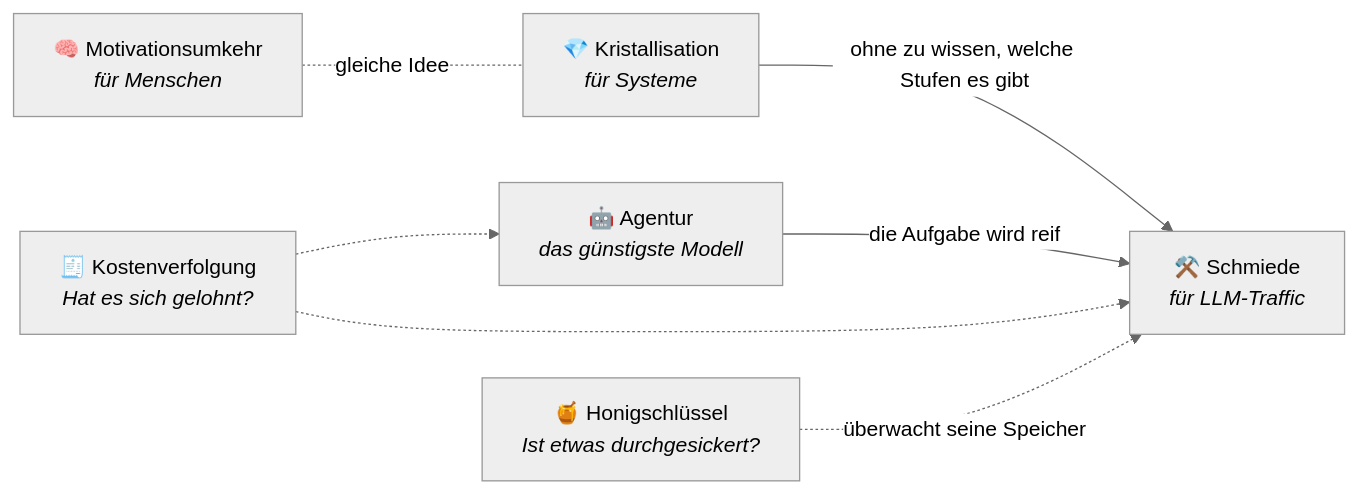
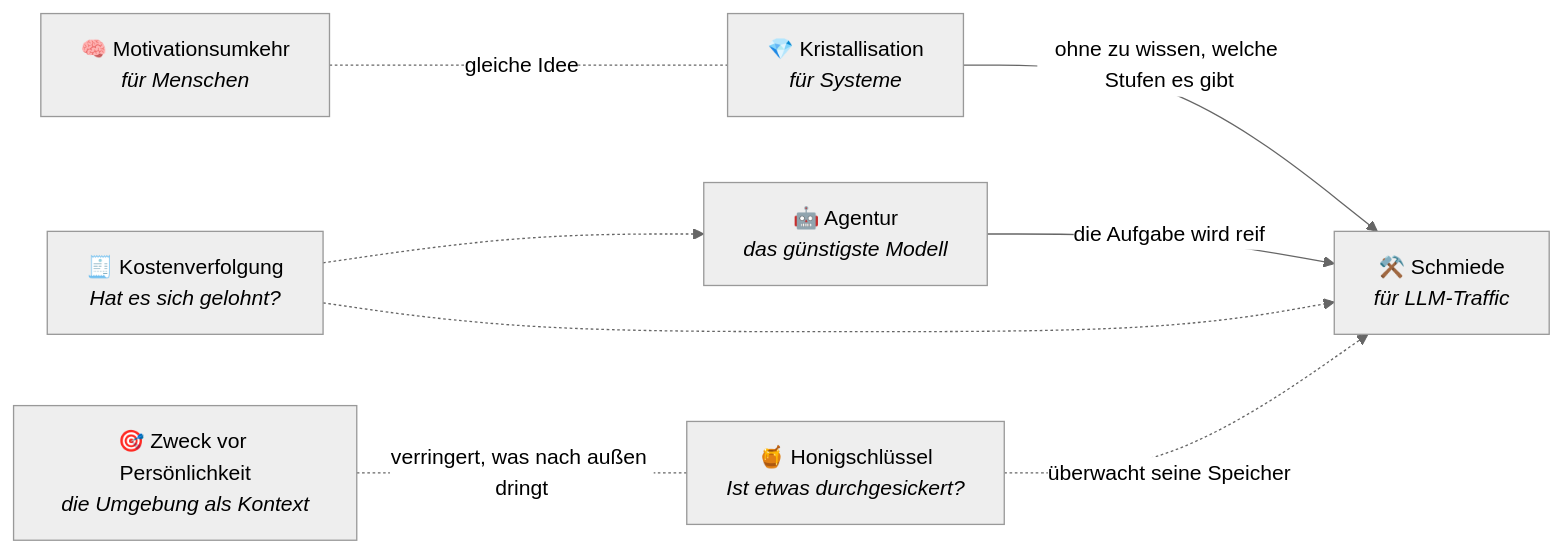
Before and after one commit to AbstractBike/SilvioMaciasSanchez: the diagram in README.md, drawn with Mermaid (neutral theme). The commit also changed other lines of this file and 1 other file, not shown here.

First line of the commit message:
Muster Zweck vor Persönlichkeit

````diff
--- a/README.md
+++ b/README.md
@@ -24,9 +25,10 @@
 ```mermaid
 flowchart LR
     IM["🧠 Motivationsumkehr<br/><i>für Menschen</i>"] -. "gleiche Idee" .- CR["💎 Kristallisation<br/><i>für Systeme</i>"]
     CR -->|"ohne zu wissen, welche Stufen es gibt"| FO["⚒️ Schmiede<br/><i>für LLM-Traffic</i>"]
     AG["🤖 Agentur<br/><i>das günstigste Modell</i>"] -->|"die Aufgabe wird reif"| FO
     SC["🧾 Kostenverfolgung<br/><i>Hat es sich gelohnt?</i>"] -.-> AG
     SC -.-> FO
     LM["🍯 Honigschlüssel<br/><i>Ist etwas durchgesickert?</i>"] -. "überwacht seine Speicher" .-> FO
+    PP["🎯 Zweck vor Persönlichkeit<br/><i>die Umgebung als Kontext</i>"] -. "verringert, was nach außen dringt" .- LM
 ```
````
